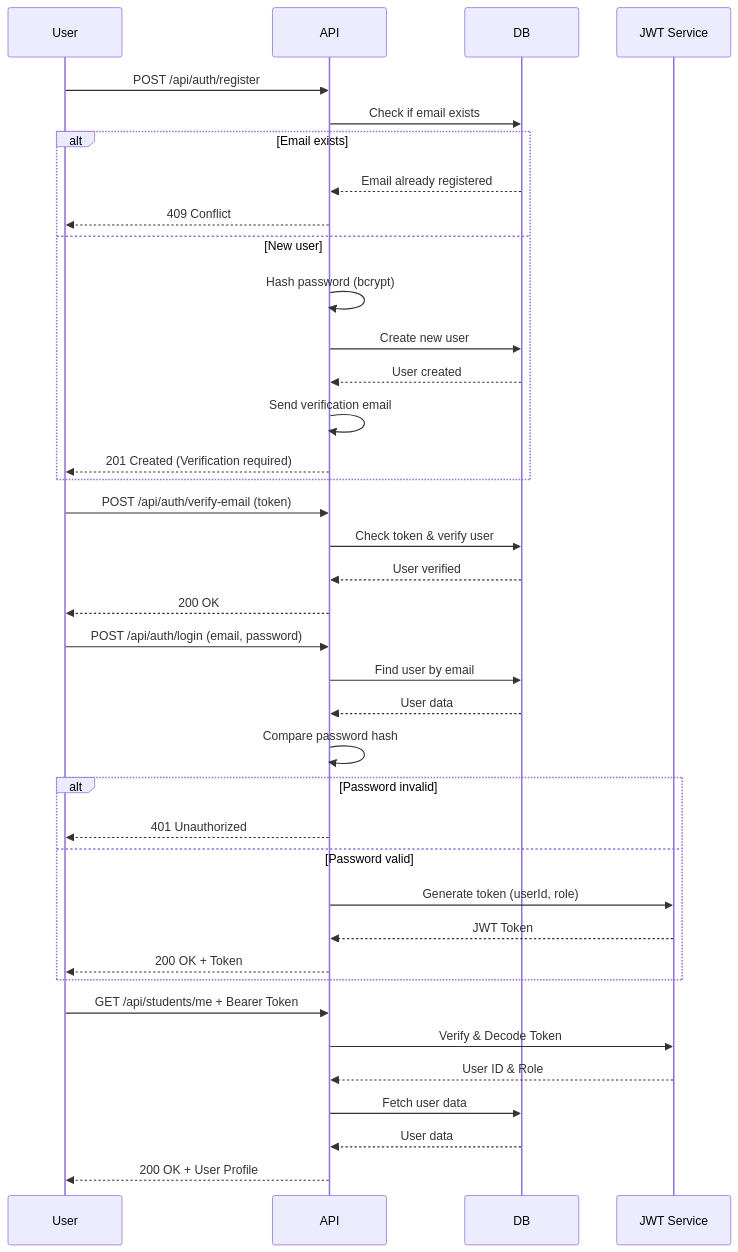
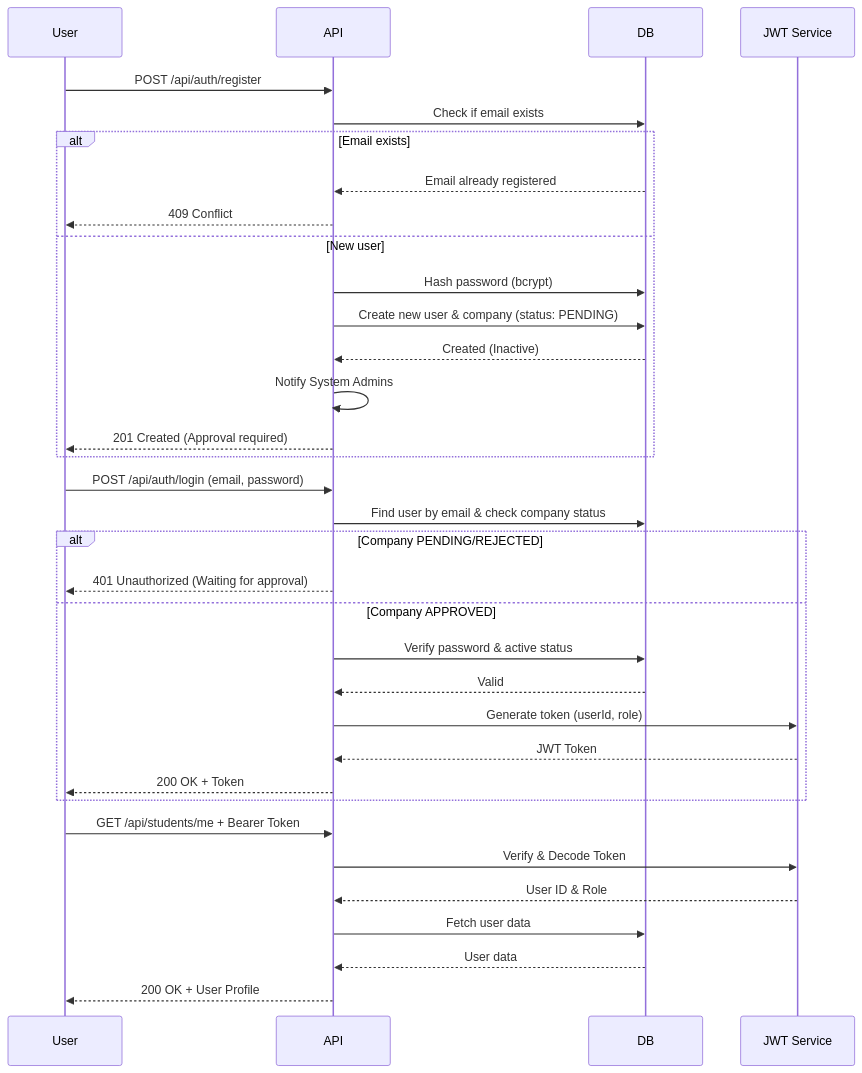
One commit to myloo23/dual-kepzes-frontend changed the fourth of 10 diagrams in backendreadme.md. Above: the diagram before and after it, drawn with Mermaid. The commit also changed other lines of this file and 3 other files, not shown here.

````diff
--- a/backendreadme.md
+++ b/backendreadme.md
@@ -403,46 +396,41 @@
 ```mermaid
 sequenceDiagram
     participant User
     participant API
     participant DB
     participant JWT as JWT Service
 
     User->>API: POST /api/auth/register
     API->>DB: Check if email exists
 
     alt Email exists
         DB-->>API: Email already registered
         API-->>User: 409 Conflict
     else New user
-        API->>API: Hash password (bcrypt)
-        API->>DB: Create new user
-        DB-->>API: User created
-        API->>API: Send verification email
-        API-->>User: 201 Created (Verification required)
+        API->>DB: Hash password (bcrypt)
+        API->>DB: Create new user & company (status: PENDING)
+        DB-->>API: Created (Inactive)
+        API->>API: Notify System Admins
+        API-->>User: 201 Created (Approval required)
     end
 
-    User->>API: POST /api/auth/verify-email (token)
-    API->>DB: Check token & verify user
-    DB-->>API: User verified
-    API-->>User: 200 OK
+    User->>API: POST /api/auth/login (email, password)
+    API->>DB: Find user by email & check company status
 
-    User->>API: POST /api/auth/login (email, password)
-    API->>DB: Find user by email
-    DB-->>API: User data
-    API->>API: Compare password hash
-
-    alt Password invalid
-        API-->>User: 401 Unauthorized
-    else Password valid
+    alt Company PENDING/REJECTED
+        API-->>User: 401 Unauthorized (Waiting for approval)
+    else Company APPROVED
+        API->>DB: Verify password & active status
+        DB-->>API: Valid
         API->>JWT: Generate token (userId, role)
         JWT-->>API: JWT Token
         API-->>User: 200 OK + Token
     end
 
     User->>API: GET /api/students/me + Bearer Token
     API->>JWT: Verify & Decode Token
     JWT-->>API: User ID & Role
     API->>DB: Fetch user data
     DB-->>API: User data
     API-->>User: 200 OK + User Profile
 ```
````
